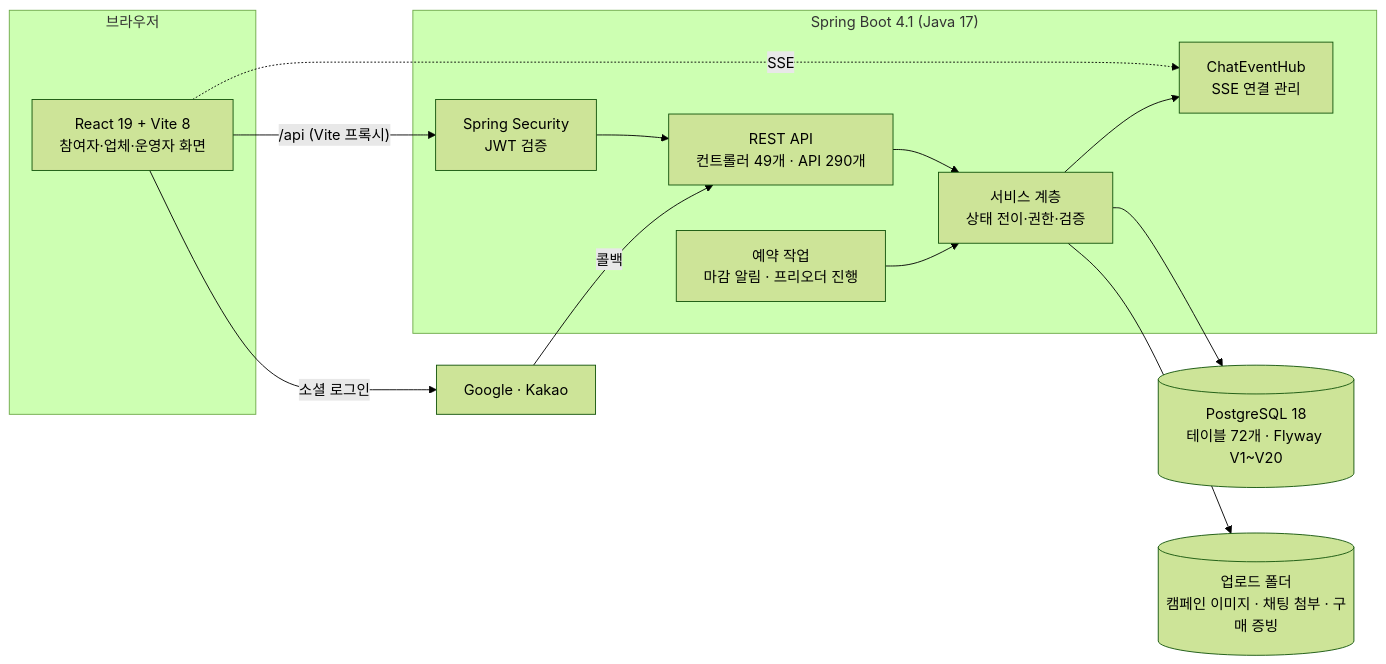
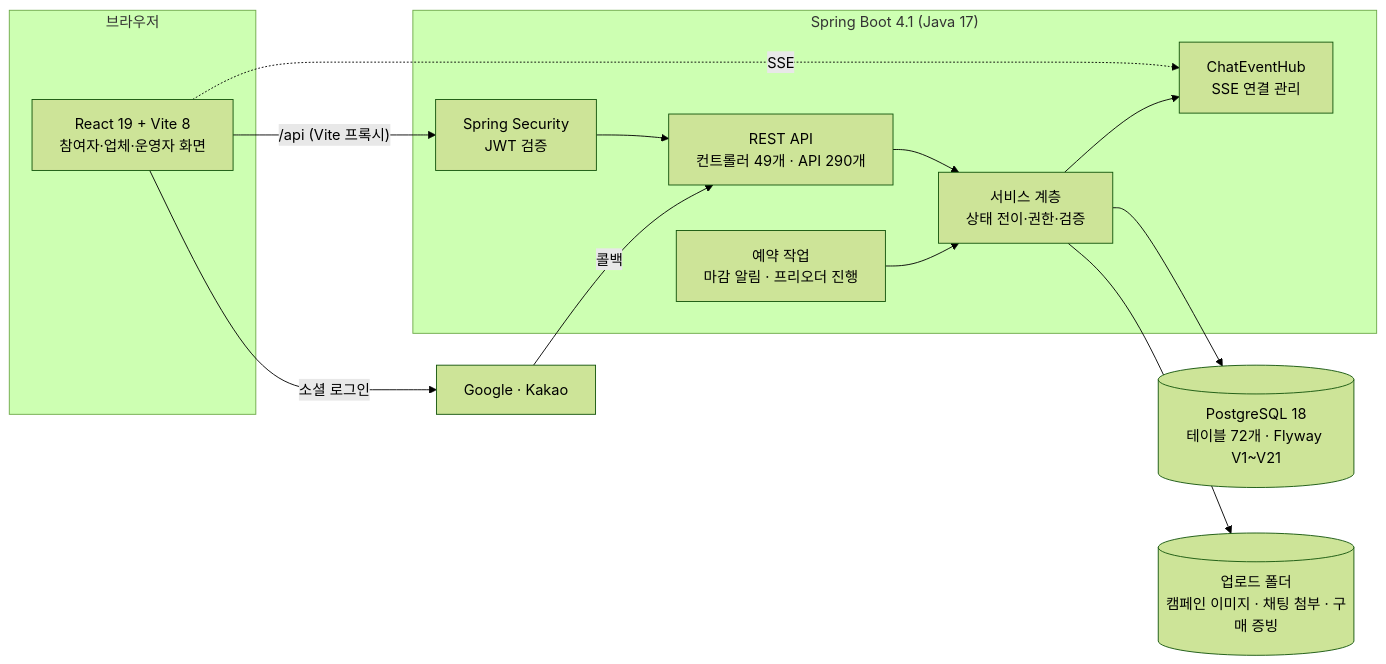
The first of 2 diagrams in docs/portfolio/architecture.md (yoo-jin-k/movrit-backend), drawn with Mermaid (forest theme) before and after one commit. The commit also changed other lines of this file and 16 other files, not shown here.

````diff
--- a/docs/portfolio/architecture.md
+++ b/docs/portfolio/architecture.md
@@ -8,23 +8,23 @@
 ```mermaid
 flowchart LR
   subgraph Browser["브라우저"]
     FE["React 19 + Vite 8<br/>참여자·업체·운영자 화면"]
   end
   subgraph Server["Spring Boot 4.1 (Java 17)"]
     SEC["Spring Security<br/>JWT 검증"]
     API["REST API<br/>컨트롤러 49개 · API 290개"]
     SVC["서비스 계층<br/>상태 전이·권한·검증"]
     HUB["ChatEventHub<br/>SSE 연결 관리"]
     SCH["예약 작업<br/>마감 알림 · 프리오더 진행"]
   end
-  DB[("PostgreSQL 18<br/>테이블 72개 · Flyway V1~V20")]
+  DB[("PostgreSQL 18<br/>테이블 72개 · Flyway V1~V21")]
   FS[("업로드 폴더<br/>캠페인 이미지 · 채팅 첨부 · 구매 증빙")]
   OAUTH["Google · Kakao"]
 
   FE -- "/api (Vite 프록시)" --> SEC --> API --> SVC --> DB
   FE -. "SSE" .-> HUB
   SVC --> HUB
   SVC --> FS
   SCH --> SVC
   FE -- "소셜 로그인" --> OAUTH -- "콜백" --> API
 ```
````
